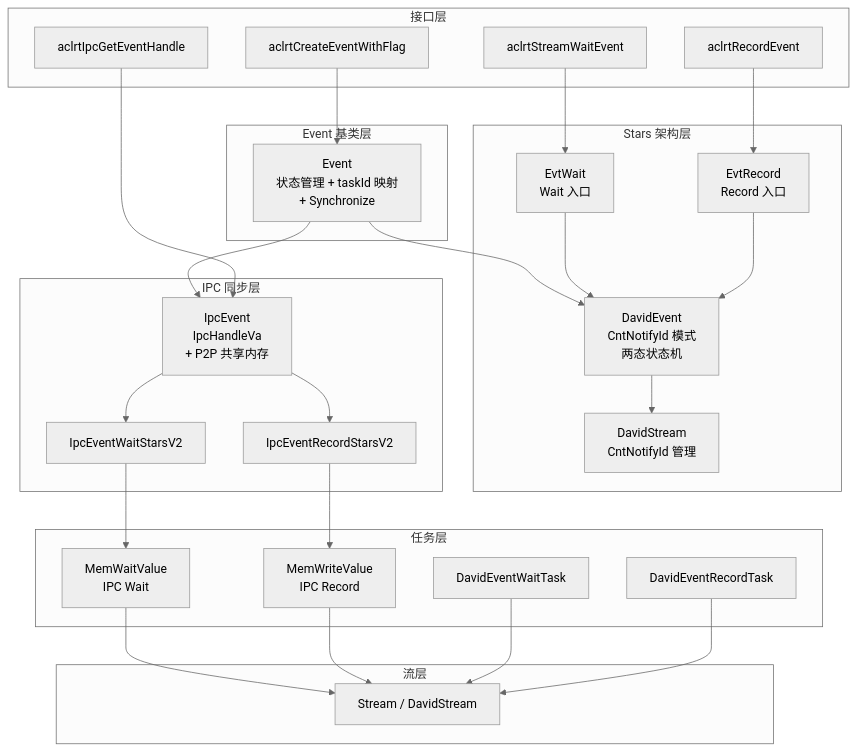
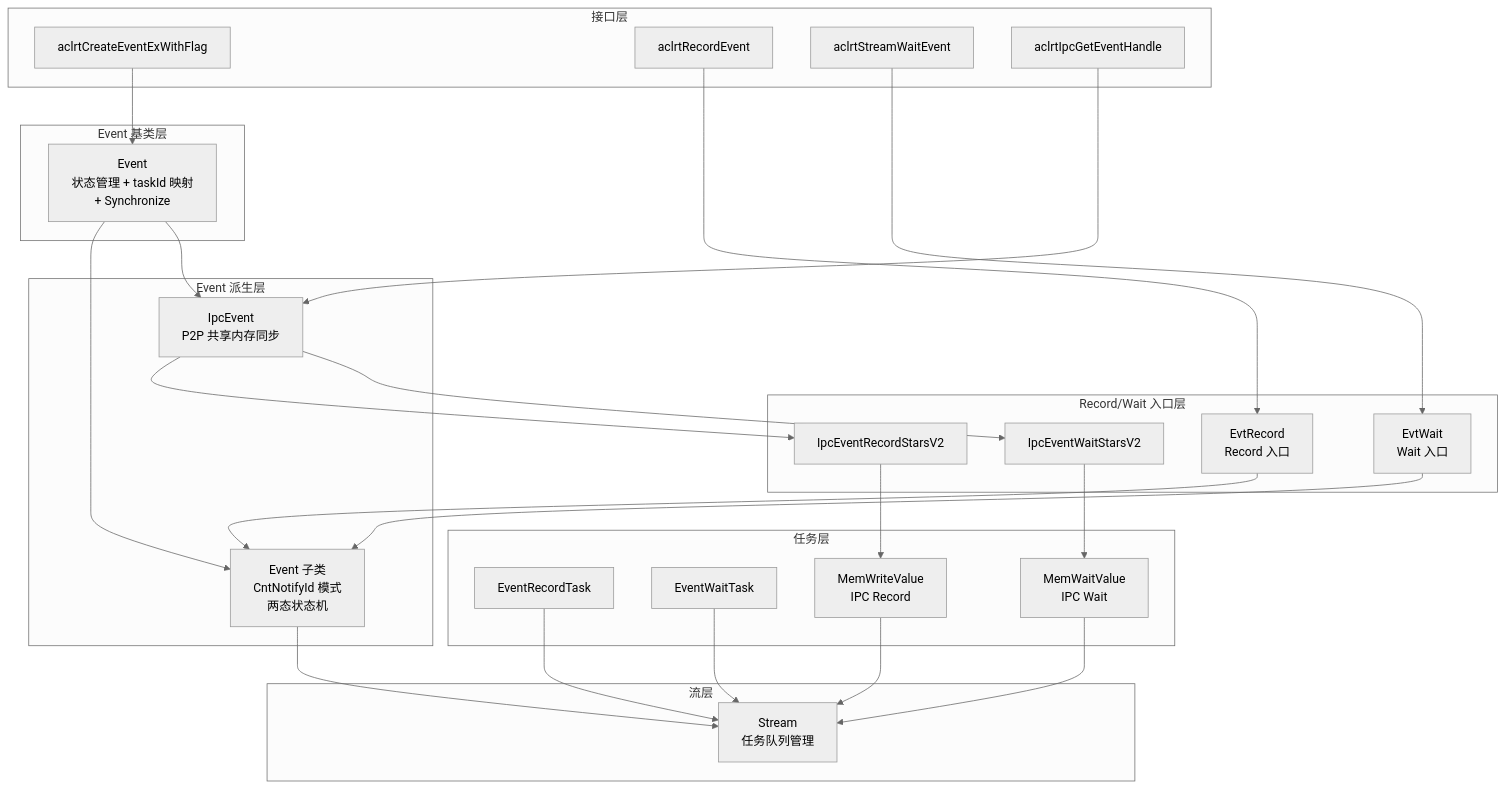
The first of 10 diagrams in docs/design/modules/event/event.md (18liumin/runtime), drawn with Mermaid (neutral theme) before and after one commit. The commit also changed other lines of this file, not shown here.

First line of the commit message:
docs/design/event: 处理检视意见修改8条

````diff
--- a/docs/design/modules/event/event.md
+++ b/docs/design/modules/event/event.md
@@ -115,50 +114,49 @@
 ```mermaid
 graph TB
     subgraph API["接口层"]
-        aclrtCreateEvent["aclrtCreateEventWithFlag"]
+        aclrtCreateEvent["aclrtCreateEventExWithFlag"]
         aclrtRecordEvent["aclrtRecordEvent"]
         aclrtStreamWaitEvent["aclrtStreamWaitEvent"]
         aclrtIpcGetEventHandle["aclrtIpcGetEventHandle"]
     end
 
     subgraph EventBase["Event 基类层"]
         Event["Event<br/>状态管理 + taskId 映射<br/>+ Synchronize"]
     end
 
-    subgraph Stars["Stars 架构层"]
-        DavidEvent["DavidEvent<br/>CntNotifyId 模式<br/>两态状态机"]
+    subgraph EventSub["Event 派生层"]
+        EventSubClass["Event 子类<br/>CntNotifyId 模式<br/>两态状态机"]
+        IpcEvent["IpcEvent<br/>P2P 共享内存同步"]
+    end
+
+    subgraph Entry["Record/Wait 入口层"]
         EvtRecord["EvtRecord<br/>Record 入口"]
         EvtWait["EvtWait<br/>Wait 入口"]
-        DavidStream["DavidStream<br/>CntNotifyId 管理"]
-    end
-
-    subgraph IPC["IPC 同步层"]
-        IpcEvent["IpcEvent<br/>IpcHandleVa<br/>+ P2P 共享内存"]
         IpcRecord["IpcEventRecordStarsV2"]
         IpcWait["IpcEventWaitStarsV2"]
     end
 
     subgraph Task["任务层"]
-        DavidRecordTask["DavidEventRecordTask"]
-        DavidWaitTask["DavidEventWaitTask"]
+        RecordTask["EventRecordTask"]
+        WaitTask["EventWaitTask"]
         MemWriteValue["MemWriteValue<br/>IPC Record"]
         MemWaitValue["MemWaitValue<br/>IPC Wait"]
     end
 
     subgraph StreamLayer["流层"]
-        StreamNode["Stream / DavidStream"]
+        StreamNode["Stream<br/>任务队列管理"]
     end
 
     aclrtCreateEvent --> Event
-    aclrtRecordEvent --> EvtRecord --> DavidEvent
-    aclrtStreamWaitEvent --> EvtWait --> DavidEvent
+    aclrtRecordEvent --> EvtRecord --> EventSubClass
+    aclrtStreamWaitEvent --> EvtWait --> EventSubClass
     aclrtIpcGetEventHandle --> IpcEvent --> IpcRecord --> MemWriteValue
     IpcEvent --> IpcWait --> MemWaitValue
-    Event --> DavidEvent
+    Event --> EventSubClass
     Event --> IpcEvent
-    DavidEvent --> DavidStream
-    DavidRecordTask --> StreamNode
-    DavidWaitTask --> StreamNode
+    EventSubClass --> StreamNode
+    RecordTask --> StreamNode
+    WaitTask --> StreamNode
     MemWriteValue --> StreamNode
     MemWaitValue --> StreamNode
 ```
````
